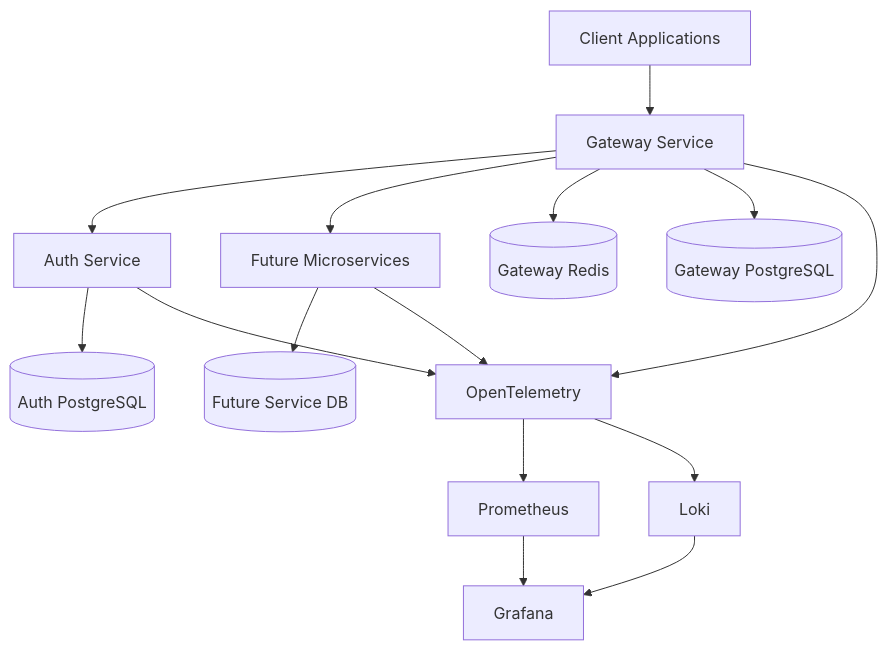
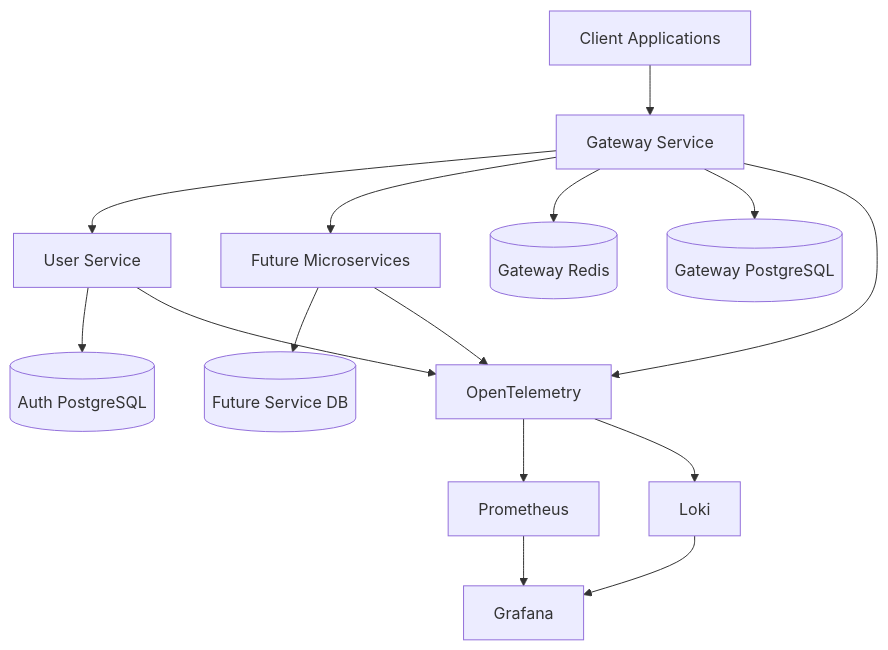
One commit to IQKV/microservices-platform changed the first of 3 diagrams in .kiro/specs/establish-microservices-platform-api-gateway-and-auth/design.md. Above: the diagram before and after it, drawn with Mermaid. The commit also changed other lines of this file and 229 other files, not shown here.

Commit message:
chore: migrate to user-service naming

````diff
--- a/.kiro/specs/establish-microservices-platform-api-gateway-and-auth/design.md
+++ b/.kiro/specs/establish-microservices-platform-api-gateway-and-auth/design.md
@@ -821,20 +821,20 @@
 ```mermaid
 graph TB
     Client[Client Applications] --> Gateway[Gateway Service]
-    Gateway --> Auth[Auth Service]
+    Gateway --> Auth[User Service]
     Gateway --> Future[Future Microservices]
 
     Gateway --> GatewayRedis[(Gateway Redis)]
     Gateway --> GatewayDB[(Gateway PostgreSQL)]
     Auth --> AuthDB[(Auth PostgreSQL)]
     Future --> FutureDB[(Future Service DB)]
 
     Gateway --> Observability[OpenTelemetry]
     Auth --> Observability
     Future --> Observability
 
     Observability --> Prometheus[Prometheus]
     Observability --> Loki[Loki]
     Prometheus --> Grafana[Grafana]
     Loki --> Grafana
 ```
````
